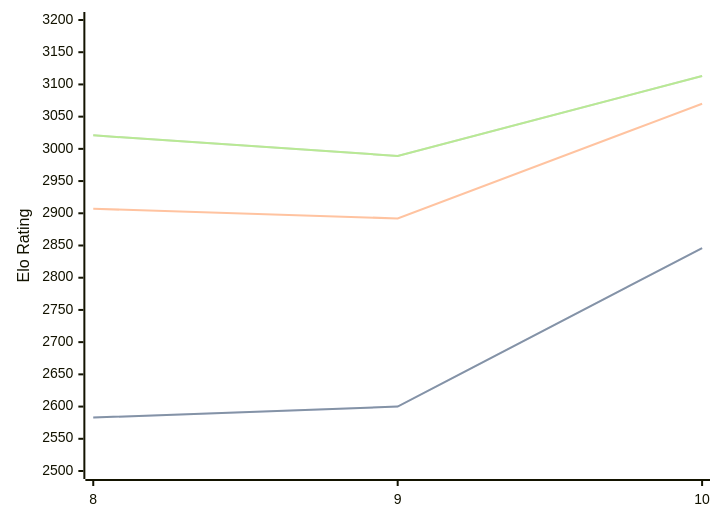
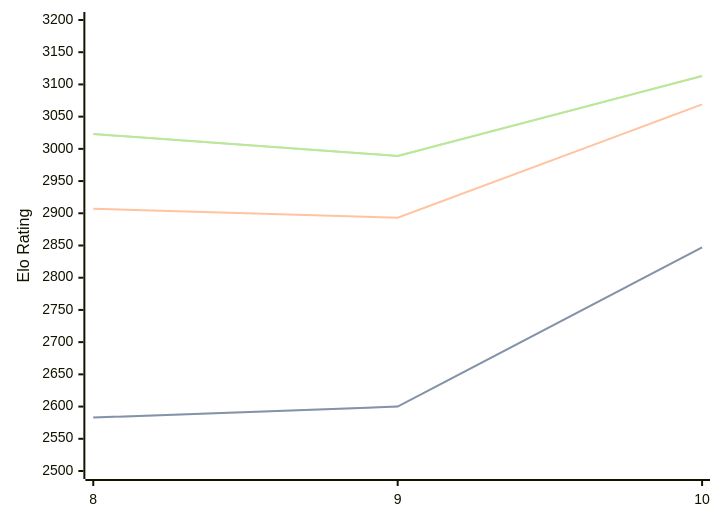
The diagram in engines/Lozza.md (computer-chess-index/cci), drawn with Mermaid before and after one commit. The commit also changed other lines of this file, not shown here.

Commit message:
Update CCI Ratings (ELO VLTC) - 2026-07-29

````diff
--- a/engines/Lozza.md
+++ b/engines/Lozza.md
@@ -41,11 +41,11 @@
 ```mermaid
 %%{init: {"theme":"base","themeVariables":{"seriesColors:['#a3a3a3','#222221','#faa371']}}}%%
 xychart-beta
   x-axis ["8", "9", "10"]
   y-axis "Elo Rating" 2500 --> 3200
-  line "STC (8.0+0.08s)" [2583, 2600, 2846]
-  line "STC (8.0+0.08s)" [2583, 2600, 2846]
-  line "LTC (60.0+0.60s)" [2907, 2892, 3070]
-  line "VLTC (2m24s+1.12s)" [3021, 2989, 3113]
-  line "VLTC (2m24s+1.12s)" [3021, 2989, 3113]
+  line "STC (8.0+0.08s)" [2583, 2600, 2847]
+  line "STC (8.0+0.08s)" [2583, 2600, 2847]
+  line "LTC (60.0+0.60s)" [2907, 2893, 3069]
+  line "VLTC (2m24s+1.12s)" [3023, 2989, 3113]
+  line "VLTC (2m24s+1.12s)" [3023, 2989, 3113]
 ```
````
